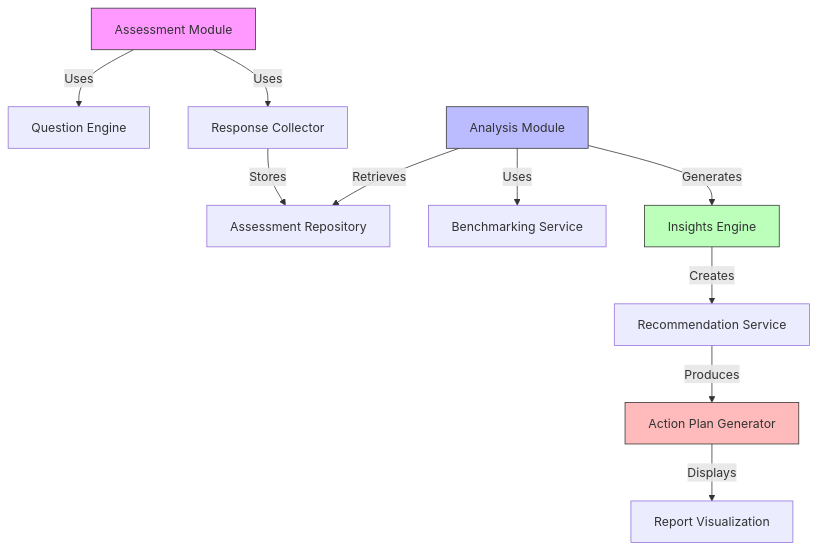
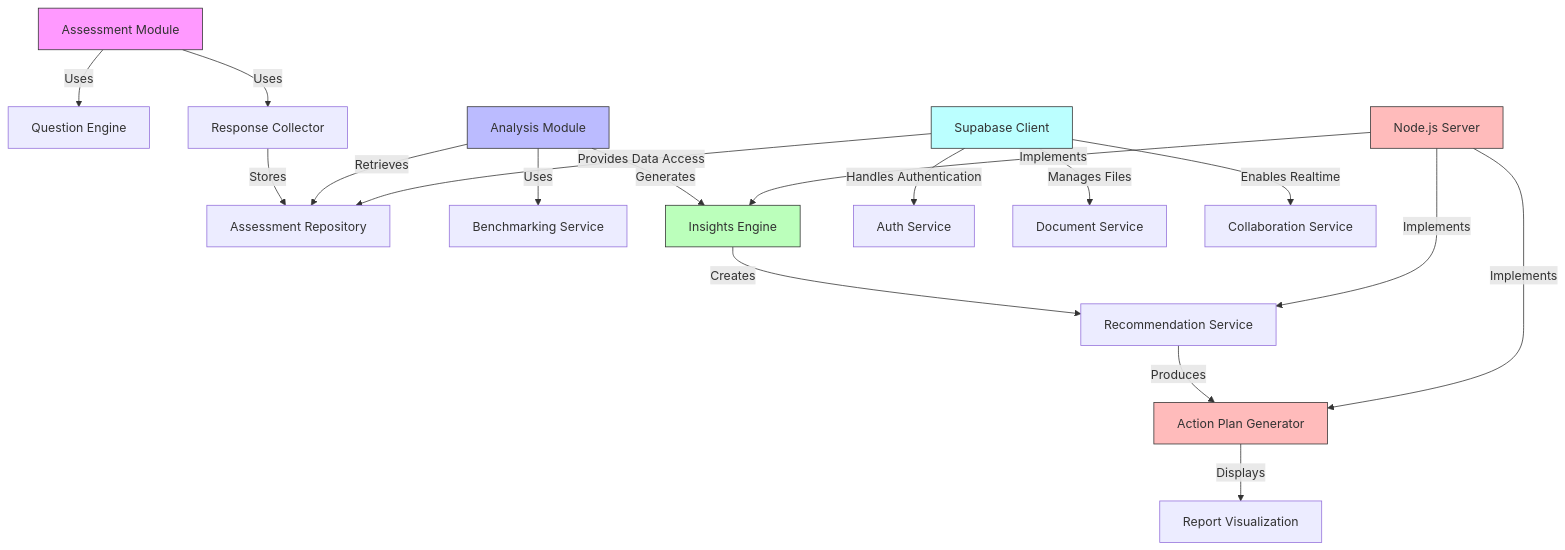
Before and after one commit to billynoodle/cursor-auto-rules-agile-workflow: the second of 3 diagrams in .ai/arch.md, drawn with Mermaid. The commit also changed other lines of this file and 22 other files, not shown here.

````diff
--- a/.ai/arch.md
+++ b/.ai/arch.md
@@ -52,17 +50,26 @@
 ```mermaid
 graph TD
     A[Assessment Module] -->|Uses| B[Question Engine]
     A -->|Uses| C[Response Collector]
     C -->|Stores| D[Assessment Repository]
     E[Analysis Module] -->|Retrieves| D
     E -->|Uses| F[Benchmarking Service]
     E -->|Generates| G[Insights Engine]
     G -->|Creates| H[Recommendation Service]
     H -->|Produces| I[Action Plan Generator]
     I -->|Displays| J[Report Visualization]
+    K[Supabase Client] -->|Provides Data Access| D
+    K -->|Handles Authentication| L[Auth Service]
+    K -->|Manages Files| M[Document Service]
+    K -->|Enables Realtime| N[Collaboration Service]
+    O[Node.js Server] -->|Implements| G
+    O -->|Implements| H
+    O -->|Implements| I
     
     style A fill:#f9f,stroke:#333
     style E fill:#bbf,stroke:#333
     style G fill:#bfb,stroke:#333
     style I fill:#fbb,stroke:#333
+    style K fill:#bff,stroke:#333
+    style O fill:#fbb,stroke:#333
 ```
````
